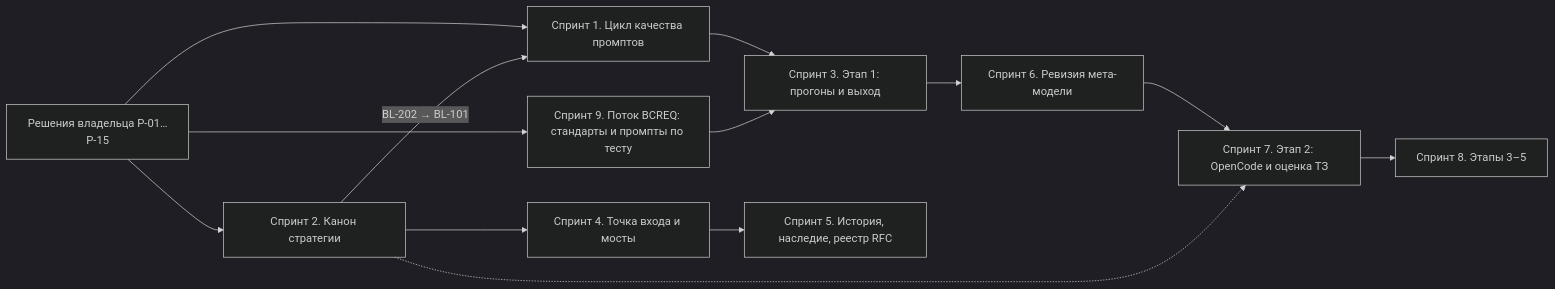
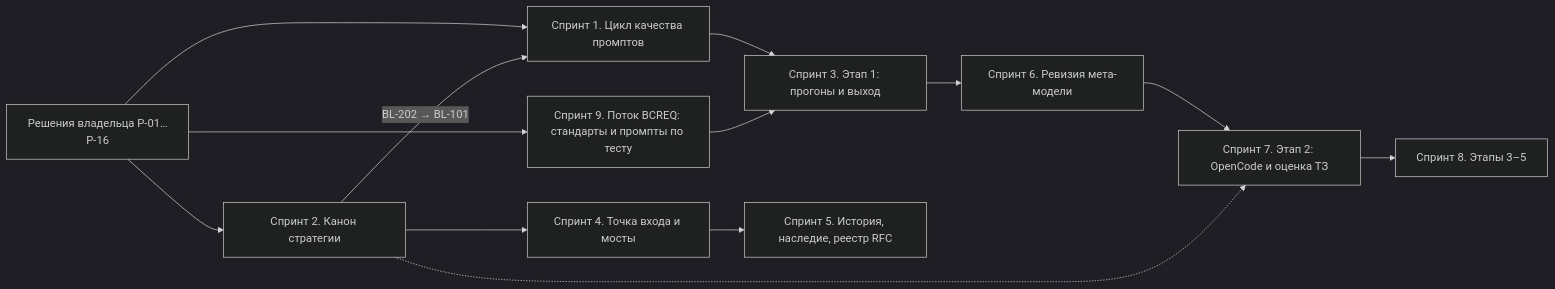
Before and after one commit to G-Ivan-A/mango_ba_prompts: the diagram in pr-ops/BACKLOG.md, drawn with Mermaid (dark theme). The commit also changed other lines of this file and 1 other file, not shown here.

````diff
--- a/pr-ops/BACKLOG.md
+++ b/pr-ops/BACKLOG.md
@@ -88,15 +89,15 @@
 ```mermaid
 flowchart LR
-    R["Решения владельца Р-01…Р-15"] --> S1["Спринт 1. Цикл качества промптов"]
+    R["Решения владельца Р-01…Р-16"] --> S1["Спринт 1. Цикл качества промптов"]
     R --> S2["Спринт 2. Канон стратегии"]
     S2 -->|"BL-202 → BL-101"| S1
     S1 --> S3["Спринт 3. Этап 1: прогоны и выход"]
     S3 --> S6["Спринт 6. Ревизия мета-модели"]
     S6 --> S7["Спринт 7. Этап 2: OpenCode и оценка ТЗ"]
     S7 --> S8["Спринт 8. Этапы 3–5"]
     S2 --> S4["Спринт 4. Точка входа и мосты"]
     S4 --> S5["Спринт 5. История, наследие, реестр RFC"]
     S2 -.-> S7
     R --> S9["Спринт 9. Поток BCREQ: стандарты и промпты по тесту"]
     S9 --> S3
 ```
````
